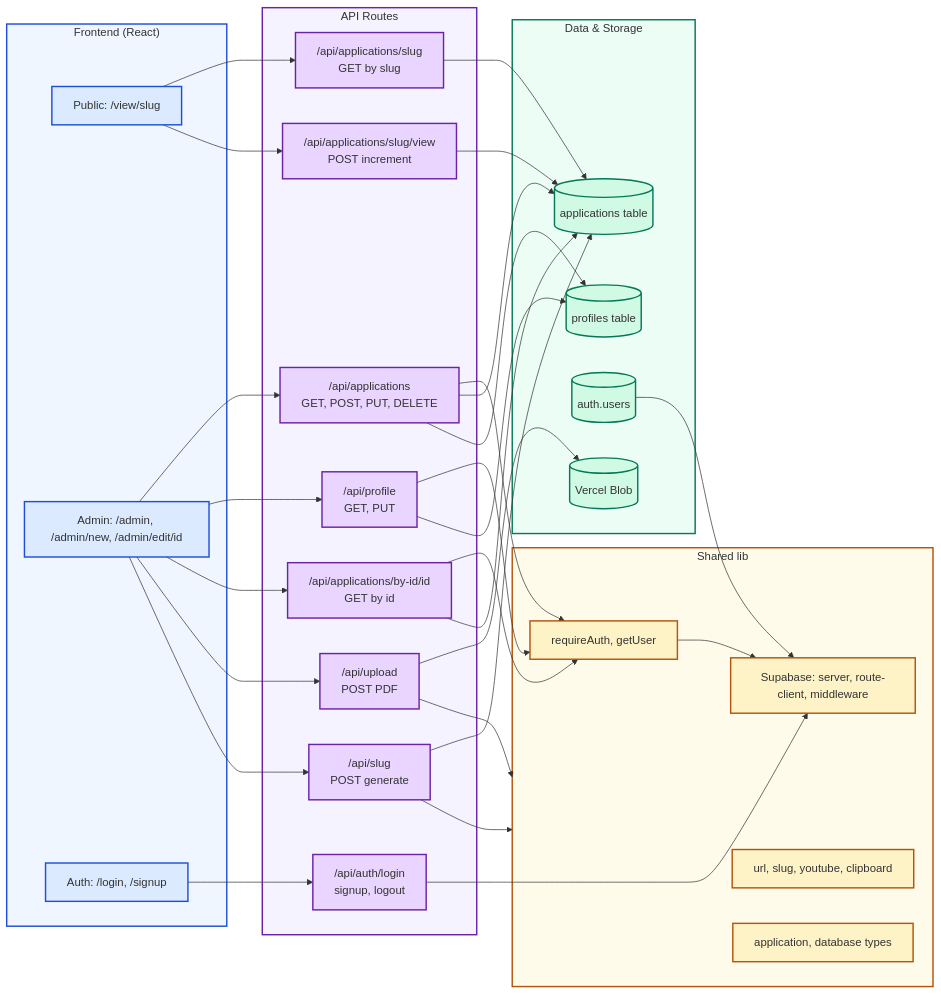
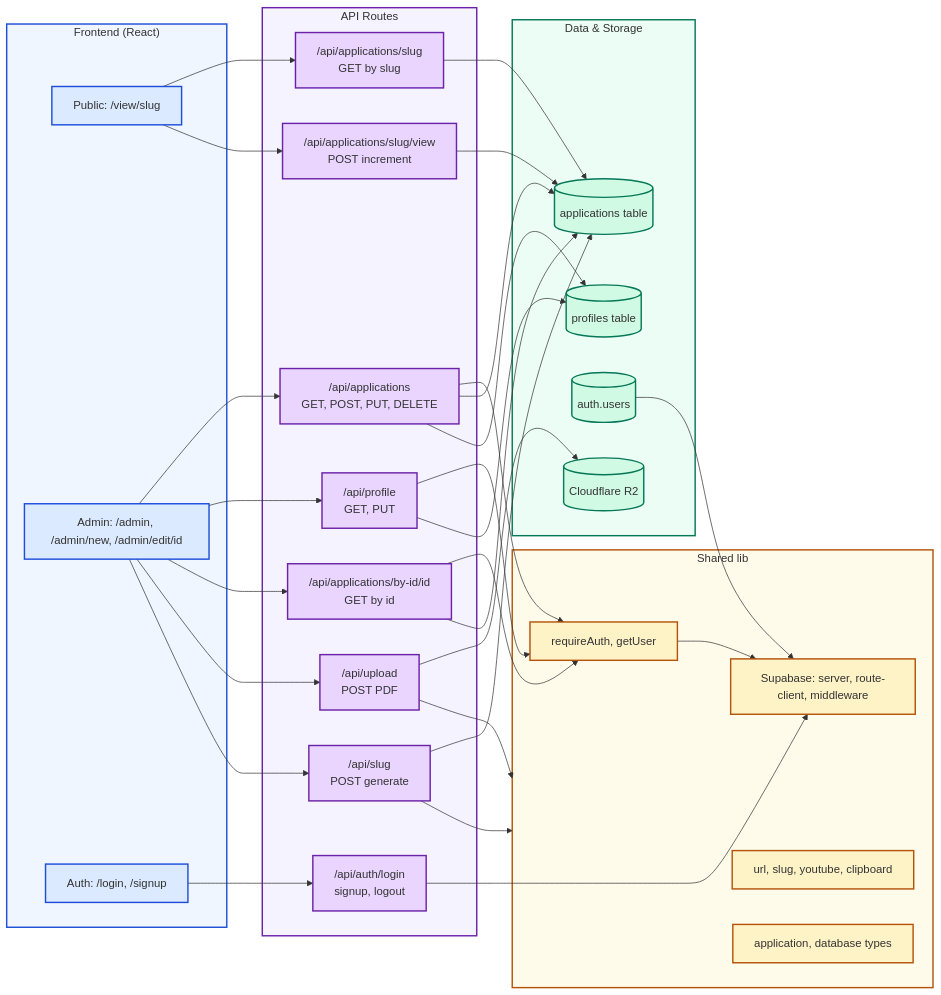
Before and after one commit to joan-gerard/my-hire-view: the second of 5 diagrams in docs/ARCHITECTURE.md, drawn with Mermaid. The commit also changed other lines of this file and 22 other files, not shown here.

Commit message:
Migrate CV PDF uploads from Vercel Blob to Cloudflare R2

```diff
--- a/docs/ARCHITECTURE.md
+++ b/docs/ARCHITECTURE.md
@@ -105,7 +105,7 @@
     DB[(applications table)]
     ProfilesTable[(profiles table)]
     AuthUsers[(auth.users)]
-    BlobStore[(Vercel Blob)]
+    R2Store[(Cloudflare R2)]
   end
 
   Public --> SlugAPI
@@ -132,7 +132,7 @@
   SlugAPI --> DB
   ViewAPI --> DB
   SlugGenAPI --> DB
-  UploadAPI --> BlobStore
+  UploadAPI --> R2Store
   AuthUsers --> SupabaseClients
 
   style Public fill:#dbeafe,stroke:#1d4ed8,stroke-width:2px
@@ -153,7 +153,7 @@
   style DB fill:#d1fae5,stroke:#047857,stroke-width:2px
   style ProfilesTable fill:#d1fae5,stroke:#047857,stroke-width:2px
   style AuthUsers fill:#d1fae5,stroke:#047857,stroke-width:2px
-  style BlobStore fill:#d1fae5,stroke:#047857,stroke-width:2px
+  style R2Store fill:#d1fae5,stroke:#047857,stroke-width:2px
   style Frontend fill:#eff6ff,stroke:#1d4ed8,stroke-width:2px
   style API fill:#f5f3ff,stroke:#6b21a8,stroke-width:2px
   style Lib fill:#fffbeb,stroke:#b45309,stroke-width:2px
```
